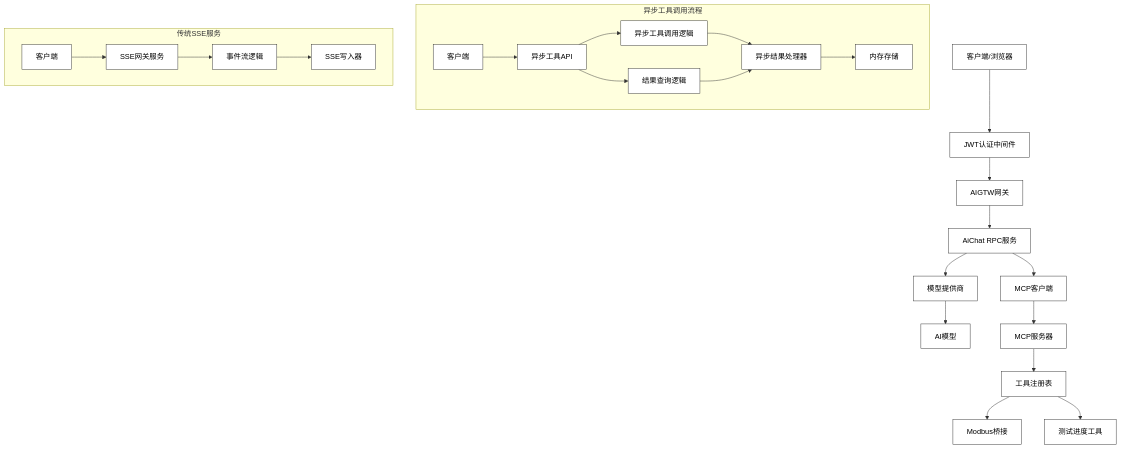
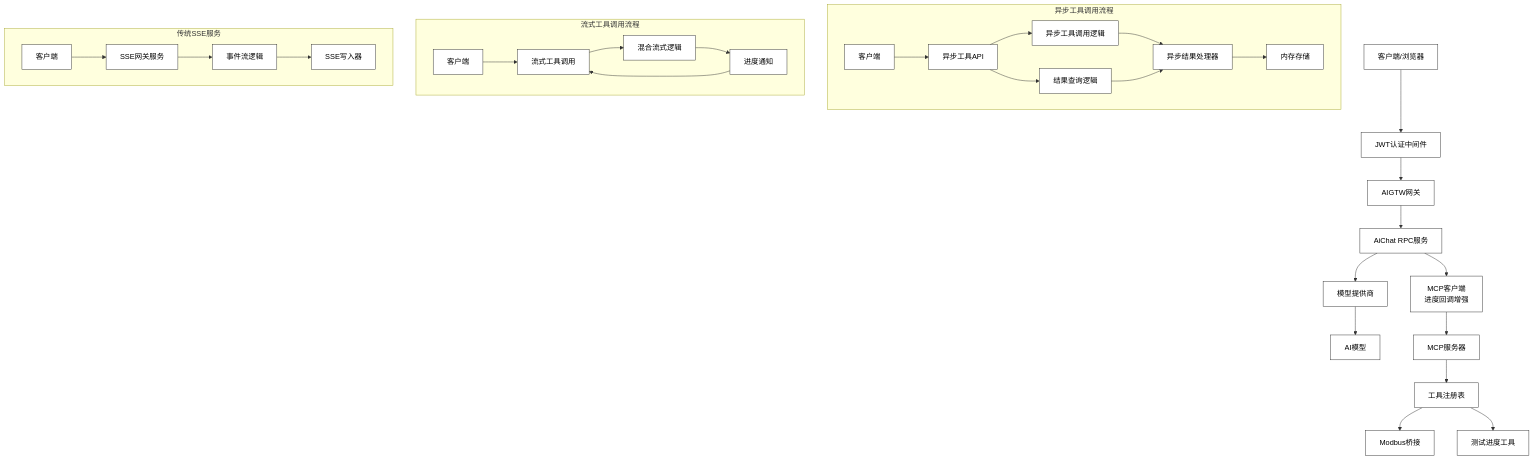
One commit to maomao94/zero-service changed the second of 9 diagrams in .qoder/repowiki/zh/content/AI应用模块/AI应用模块.md. Above: the diagram before and after it, drawn with Mermaid. The commit also changed other lines of this file and 48 other files, not shown here.

````diff
--- a/.qoder/repowiki/zh/content/AI应用模块/AI应用模块.md
+++ b/.qoder/repowiki/zh/content/AI应用模块/AI应用模块.md
@@ -223,27 +238,33 @@
 ```mermaid
 graph TB
 Client["客户端/浏览器"] --> JWT["JWT认证中间件"]
 JWT --> Gateway["AIGTW网关"]
 Gateway --> RPC["AiChat RPC服务"]
 RPC --> Provider["模型提供商"]
 Provider --> Model["AI模型"]
-RPC --> MCPClient["MCP客户端"]
+RPC --> MCPClient["MCP客户端<br/>进度回调增强"]
 MCPClient --> MCP["MCP服务器"]
 MCP --> Tools["工具注册表"]
 Tools --> Modbus["Modbus桥接"]
 Tools --> TestProgress["测试进度工具"]
 subgraph "异步工具调用流程"
 Client2["客户端"] --> AsyncAPI["异步工具API"]
 AsyncAPI --> AsyncLogic["异步工具调用逻辑"]
 AsyncLogic --> AsyncHandler["异步结果处理器"]
 AsyncHandler --> MemoryStore["内存存储"]
 AsyncAPI --> ResultQuery["结果查询逻辑"]
 ResultQuery --> AsyncHandler
 end
+subgraph "流式工具调用流程"
+Client3["客户端"] --> StreamAPI["流式工具调用"]
+StreamAPI --> StreamLogic["混合流式逻辑"]
+StreamLogic --> ProgressNotify["进度通知"]
+ProgressNotify --> StreamAPI
+end
 subgraph "传统SSE服务"
-Client3["客户端"] --> SSE["SSE网关服务"]
+Client4["客户端"] --> SSE["SSE网关服务"]
 SSE --> Logic["事件流逻辑"]
 Logic --> Writer["SSE写入器"]
 end
 classDef default fill:#fff,stroke:#333,color:#000
 ```
````
